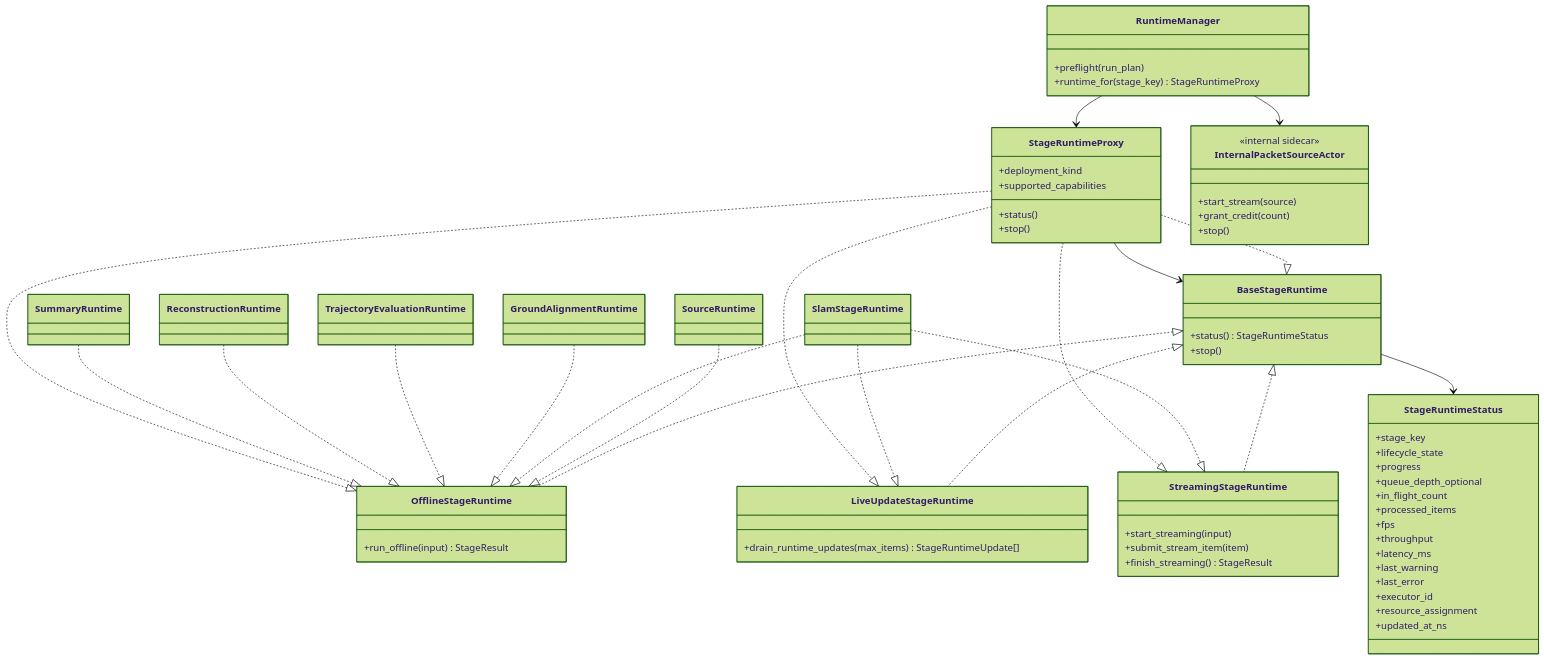
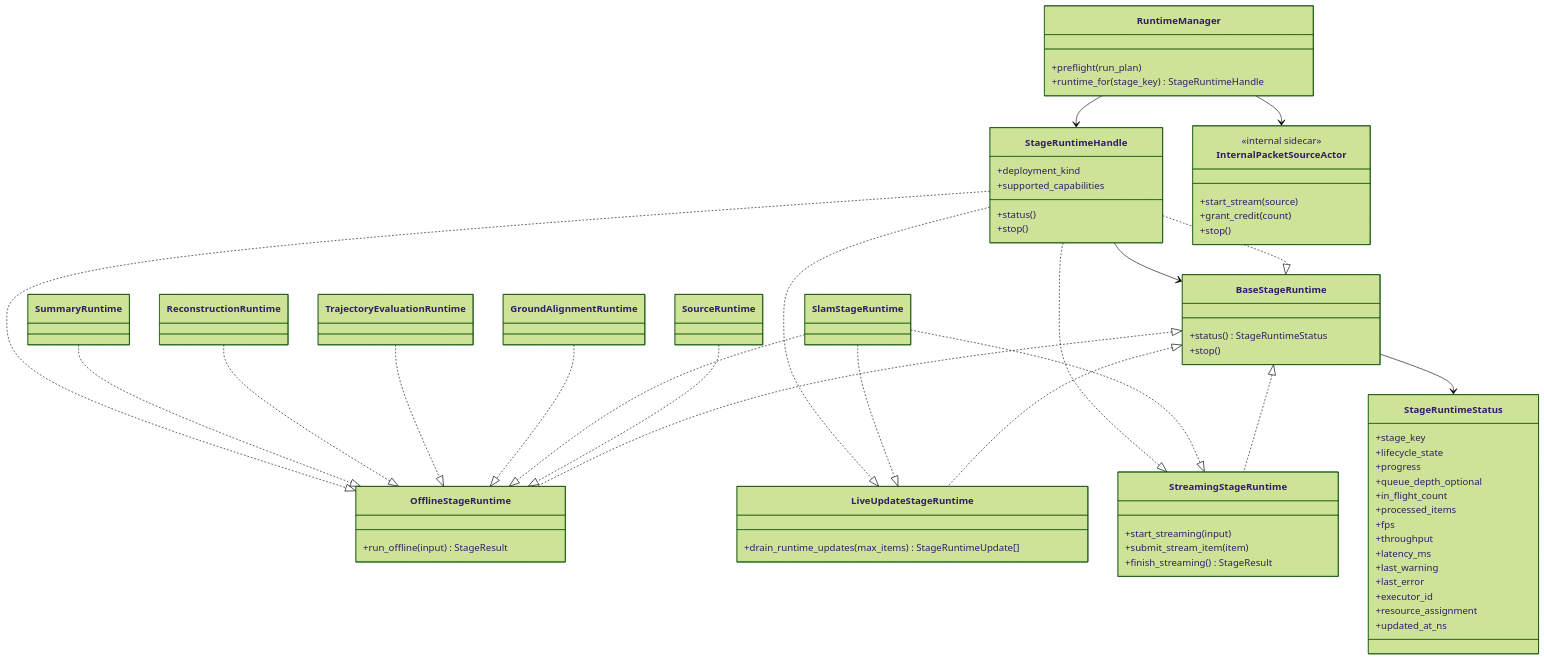
The sixth of 18 diagrams in docs/architecture/pipeline-stage-refactor-target.md (JanDuchscherer104/prml-vslam), drawn with Mermaid (forest theme) before and after one commit. The commit also changed other lines of this file and 26 other files, not shown here.

Commit message:
docs: update stage ownership architecture

````diff
--- a/docs/architecture/pipeline-stage-refactor-target.md
+++ b/docs/architecture/pipeline-stage-refactor-target.md
@@ -730,10 +730,10 @@
 
     class RuntimeManager {
         +preflight(run_plan)
-        +runtime_for(stage_key) StageRuntimeProxy
+        +runtime_for(stage_key) StageRuntimeHandle
     }
 
-    class StageRuntimeProxy {
+    class StageRuntimeHandle {
         +deployment_kind
         +supported_capabilities
         +status()
@@ -758,12 +758,12 @@
     TrajectoryEvaluationRuntime ..|> OfflineStageRuntime
     ReconstructionRuntime ..|> OfflineStageRuntime
     SummaryRuntime ..|> OfflineStageRuntime
-    StageRuntimeProxy ..|> BaseStageRuntime
-    StageRuntimeProxy ..|> OfflineStageRuntime
-    StageRuntimeProxy ..|> LiveUpdateStageRuntime
-    StageRuntimeProxy ..|> StreamingStageRuntime
-    RuntimeManager --> StageRuntimeProxy
-    StageRuntimeProxy --> BaseStageRuntime
+    StageRuntimeHandle ..|> BaseStageRuntime
+    StageRuntimeHandle ..|> OfflineStageRuntime
+    StageRuntimeHandle ..|> LiveUpdateStageRuntime
+    StageRuntimeHandle ..|> StreamingStageRuntime
+    RuntimeManager --> StageRuntimeHandle
+    StageRuntimeHandle --> BaseStageRuntime
     RuntimeManager --> InternalPacketSourceActor
     BaseStageRuntime --> StageRuntimeStatus
 ```
````
